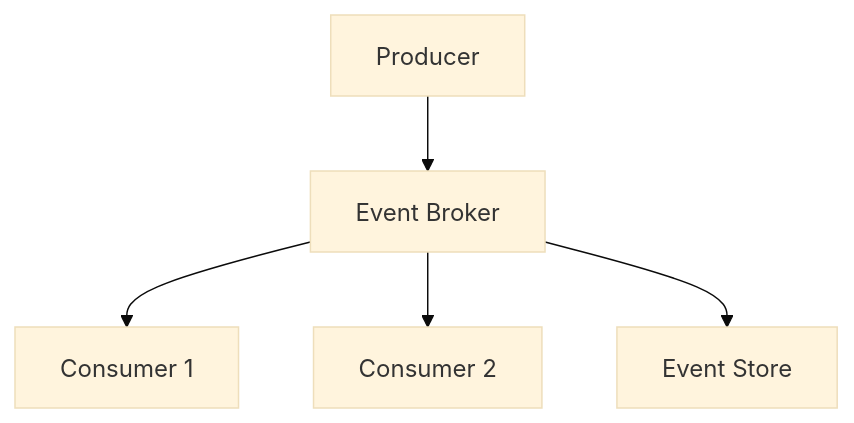
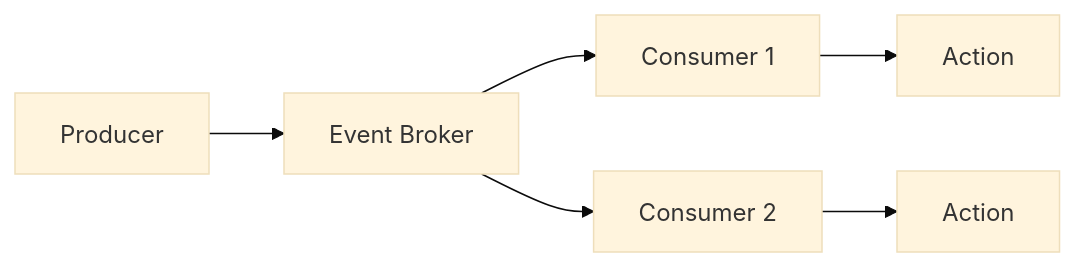
One commit to VrushankPatel/interview-matters changed the diagram in event-driven-systems/README.md. Above: the diagram before and after it, drawn with Mermaid (base theme). The commit also changed other lines of this file and 7 other files, not shown here.

````diff
--- a/event-driven-systems/README.md
+++ b/event-driven-systems/README.md
@@ -24,7 +26,8 @@
 ```mermaid
-graph TD
+graph LR
     A[Producer] --> B[Event Broker]
     B --> C[Consumer 1]
     B --> D[Consumer 2]
-    B --> E[Event Store]
+    C --> E[Action]
+    D --> F[Action]
 ```
````
